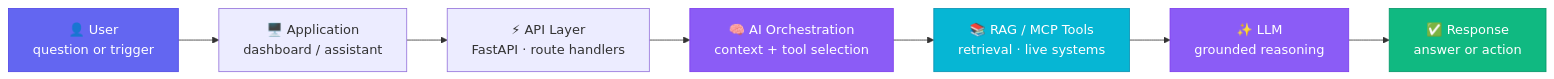
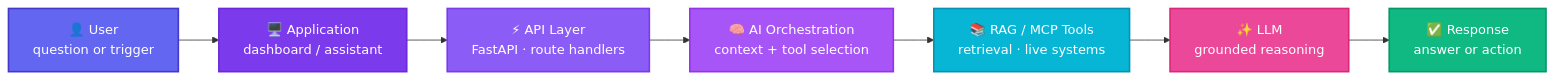
One commit to Dhanushgs1/Dhanushgs1 changed the first of 2 diagrams in README.md. Above: the diagram before and after it, drawn with Mermaid. The commit also changed other lines of this file, not shown here.

````diff
--- a/README.md
+++ b/README.md
@@ -47,15 +67,17 @@
 ```mermaid
 flowchart LR
     U["👤 User<br/>question or trigger"] --> A["🖥️ Application<br/>dashboard / assistant"]
     A --> API["⚡ API Layer<br/>FastAPI · route handlers"]
     API --> O["🧠 AI Orchestration<br/>context + tool selection"]
     O --> R["📚 RAG / MCP Tools<br/>retrieval · live systems"]
     R --> L["✨ LLM<br/>grounded reasoning"]
     L --> RES["✅ Response<br/>answer or action"]
 
-    style U fill:#6366f1,stroke:#4f46e5,color:#fff
-    style O fill:#8b5cf6,stroke:#7c3aed,color:#fff
-    style R fill:#06b6d4,stroke:#0891b2,color:#fff
-    style L fill:#8b5cf6,stroke:#7c3aed,color:#fff
-    style RES fill:#10b981,stroke:#059669,color:#fff
+    style U fill:#6366f1,stroke:#4338ca,stroke-width:2px,color:#fff
+    style A fill:#7c3aed,stroke:#6d28d9,stroke-width:2px,color:#fff
+    style API fill:#8b5cf6,stroke:#7c3aed,stroke-width:2px,color:#fff
+    style O fill:#a855f7,stroke:#9333ea,stroke-width:2px,color:#fff
+    style R fill:#06b6d4,stroke:#0891b2,stroke-width:2px,color:#fff
+    style L fill:#ec4899,stroke:#db2777,stroke-width:2px,color:#fff
+    style RES fill:#10b981,stroke:#059669,stroke-width:2px,color:#fff
 ```
````
